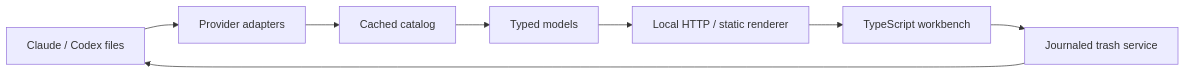
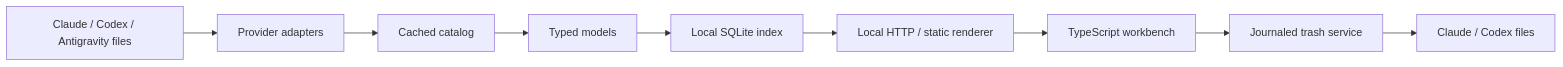
Before and after one commit to aalvaropc/session-desk: the diagram in docs/architecture.md, drawn with Mermaid. The commit also changed other lines of this file and 37 other files, not shown here.

````diff
--- a/docs/architecture.md
+++ b/docs/architecture.md
@@ -32,10 +34,11 @@
 ```mermaid
 flowchart LR
-    Files[Claude / Codex files] --> Providers[Provider adapters]
+    Files[Claude / Codex / Antigravity files] --> Providers[Provider adapters]
     Providers --> Catalog[Cached catalog]
     Catalog --> Models[Typed models]
-    Models --> HTTP[Local HTTP / static renderer]
+    Models --> Index[Local SQLite index]
+    Index --> HTTP[Local HTTP / static renderer]
     HTTP --> UI[TypeScript workbench]
     UI --> Trash[Journaled trash service]
-    Trash --> Files
+    Trash --> Originals[Claude / Codex files]
 ```
````
